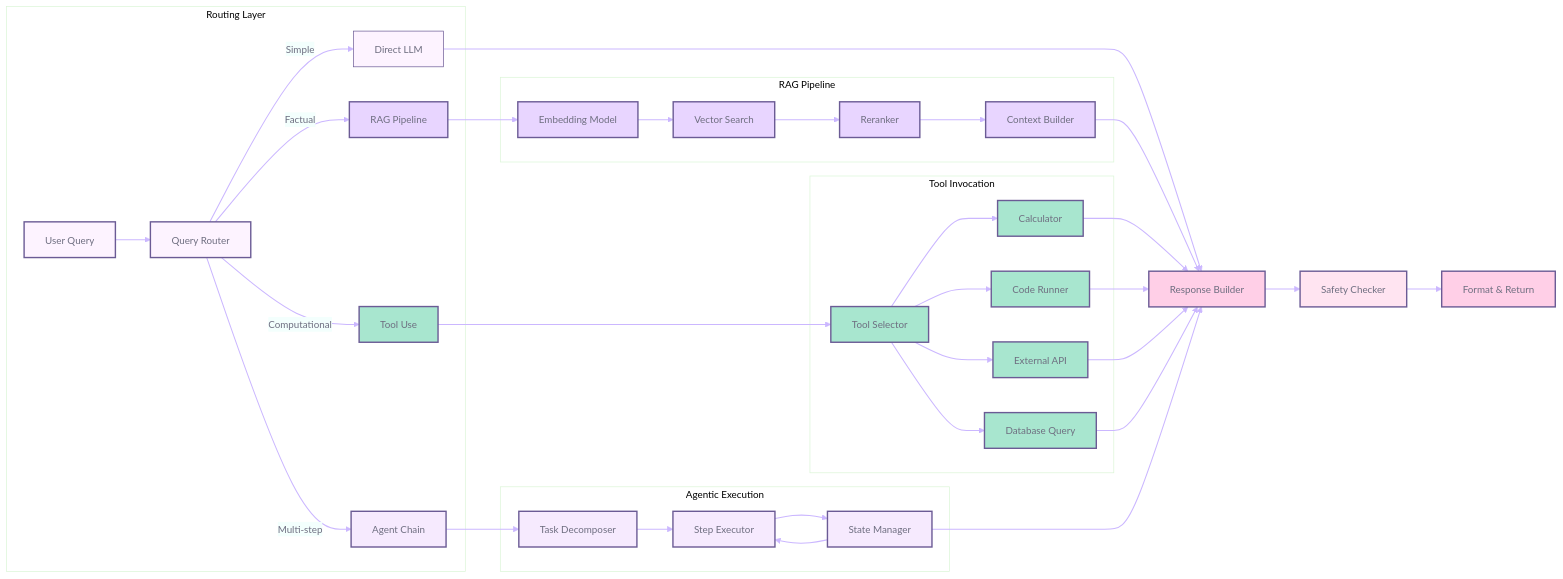
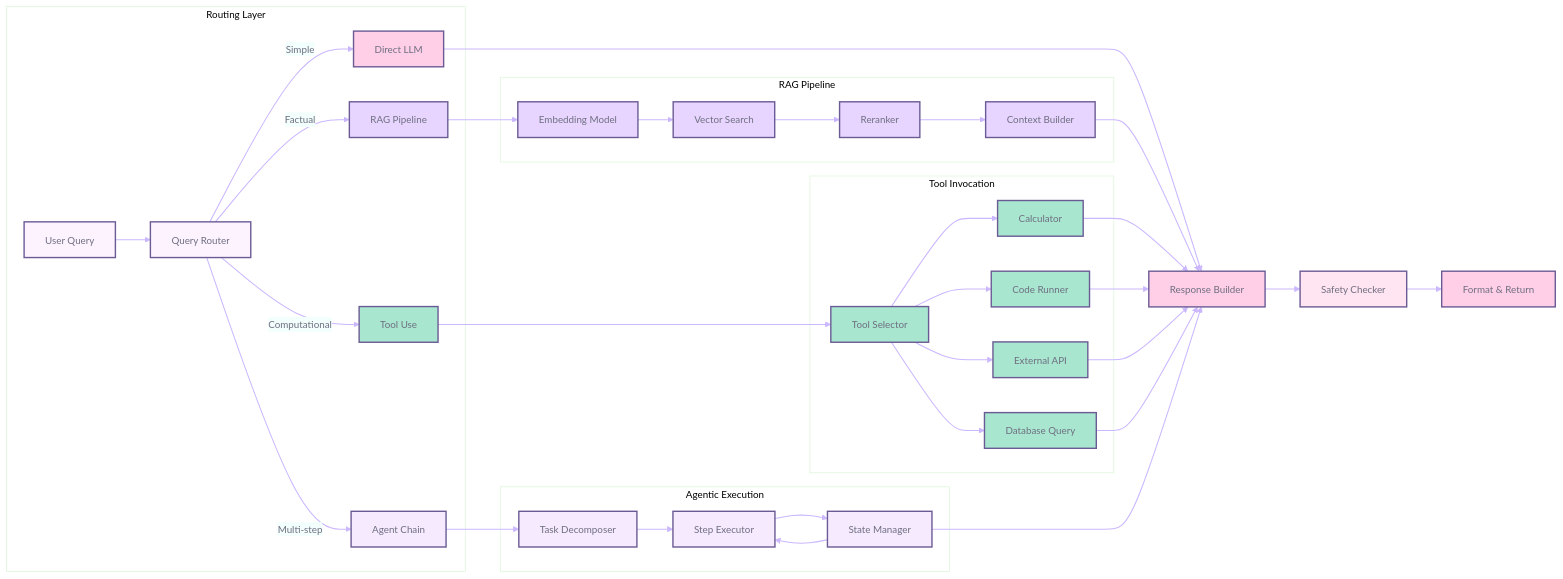
The third of 3 diagrams in README.md (Cazzy-Aporbo/PearlMind-ML-Journey), drawn with Mermaid before and after one commit. The commit also changed other lines of this file, not shown here.

````diff
--- a/README.md
+++ b/README.md
@@ -176,65 +526,66 @@
 ```mermaid
 %%{init: {'theme':'base', 'themeVariables': {
   'primaryColor':'#FDF3FF',
   'primaryBorderColor':'#6B5B95',
   'primaryTextColor':'#6E6E80',
   'lineColor':'#E8D5FF',
   'fontSize':'14px',
   'fontFamily':'Inter, ui-sans-serif, system-ui'
 }}}%%
 flowchart LR
   %% --- Subgraphs for visual separation ---
   subgraph SG_ROUTER[Routing Layer]
     UQ[User Query]:::router --> R[Query Router]:::router
     R -->|Simple| L1[Direct LLM]:::direct
     R -->|Factual| RAG[RAG Pipeline]:::rag
     R -->|Computational| TOOLS[Tool Use]:::tools
     R -->|Multi-step| AGENT[Agent Chain]:::agent
   end
 
   subgraph SG_RAG[RAG Pipeline]
     RAG --> EMB[Embedding Model]:::rag
     EMB --> VS[Vector Search]:::rag
     VS --> RR[Reranker]:::rag
     RR --> CTX[Context Builder]:::rag
   end
 
   subgraph SG_TOOLS[Tool Invocation]
     TOOLS --> SEL[Tool Selector]:::tools
     SEL --> CALC[Calculator]:::tools
     SEL --> CODE[Code Runner]:::tools
     SEL --> API[External API]:::tools
     SEL --> DB[Database Query]:::tools
   end
 
   subgraph SG_AGENT[Agentic Execution]
     AGENT --> DEC[Task Decomposer]:::agent
     DEC --> EXEC[Step Executor]:::agent
     EXEC --> SM[State Manager]:::agent
     SM --> EXEC
   end
 
   %% Response aggregation and safety
   L1 --> RESP[Response Builder]:::output
   CTX --> RESP
   CALC --> RESP
   CODE --> RESP
   API --> RESP
   DB --> RESP
   SM --> RESP
 
   RESP --> SAFE[Safety Checker]:::safety
   SAFE --> OUT[Format & Return]:::output
 
   %% --- Styles (pastel palette) ---
   classDef router fill:#FDF3FF,stroke:#6B5B95,stroke-width:2px,color:#6E6E80;
   classDef rag fill:#E8D5FF,stroke:#6B5B95,stroke-width:2px,color:#6E6E80;
   classDef tools fill:#A8E6CF,stroke:#6B5B95,stroke-width:2px,color:#6E6E80;
   classDef agent fill:#F6EAFE,stroke:#6B5B95,stroke-width:2px,color:#6E6E80;
   classDef safety fill:#FFE4F1,stroke:#6B5B95,stroke-width:2px,color:#6E6E80;
   classDef output fill:#FFCFE7,stroke:#6B5B95,stroke-width:2px,color:#6E6E80;
+  classDef direct fill:#FFCFE7,stroke:#6B5B95,stroke-width:2px,color:#6E6E80;
 
   %% --- Link styling for a bit more contrast ---
   linkStyle default stroke:#CBB7FF,stroke-width:1.5px
 
 ```
````
